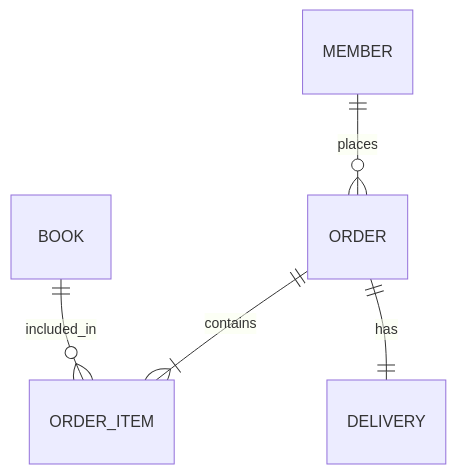
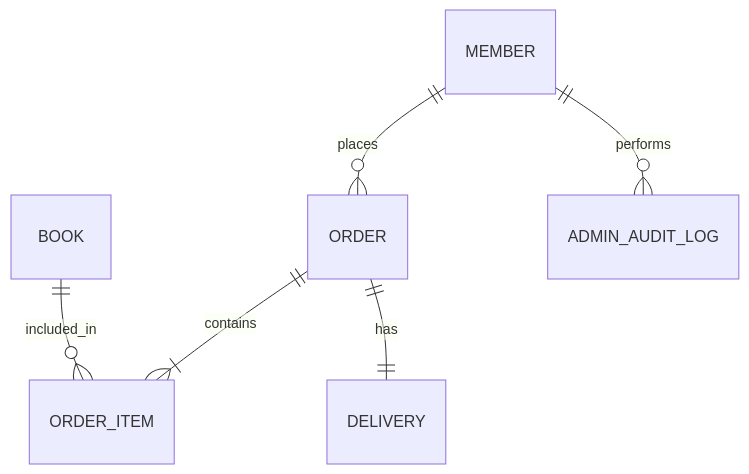
One commit to sc7258/spring-shop-flyway changed the diagram in .ai/21-database-schema.md. Above: the diagram before and after it, drawn with Mermaid. The commit also changed other lines of this file and 16 other files, not shown here.

````diff
--- a/.ai/21-database-schema.md
+++ b/.ai/21-database-schema.md
@@ -52,7 +62,8 @@
 ```mermaid
 erDiagram
     MEMBER ||--o{ ORDER : places
     ORDER ||--|{ ORDER_ITEM : contains
     BOOK ||--o{ ORDER_ITEM : included_in
     ORDER ||--|| DELIVERY : has
+    MEMBER ||--o{ ADMIN_AUDIT_LOG : performs
 ```
````
